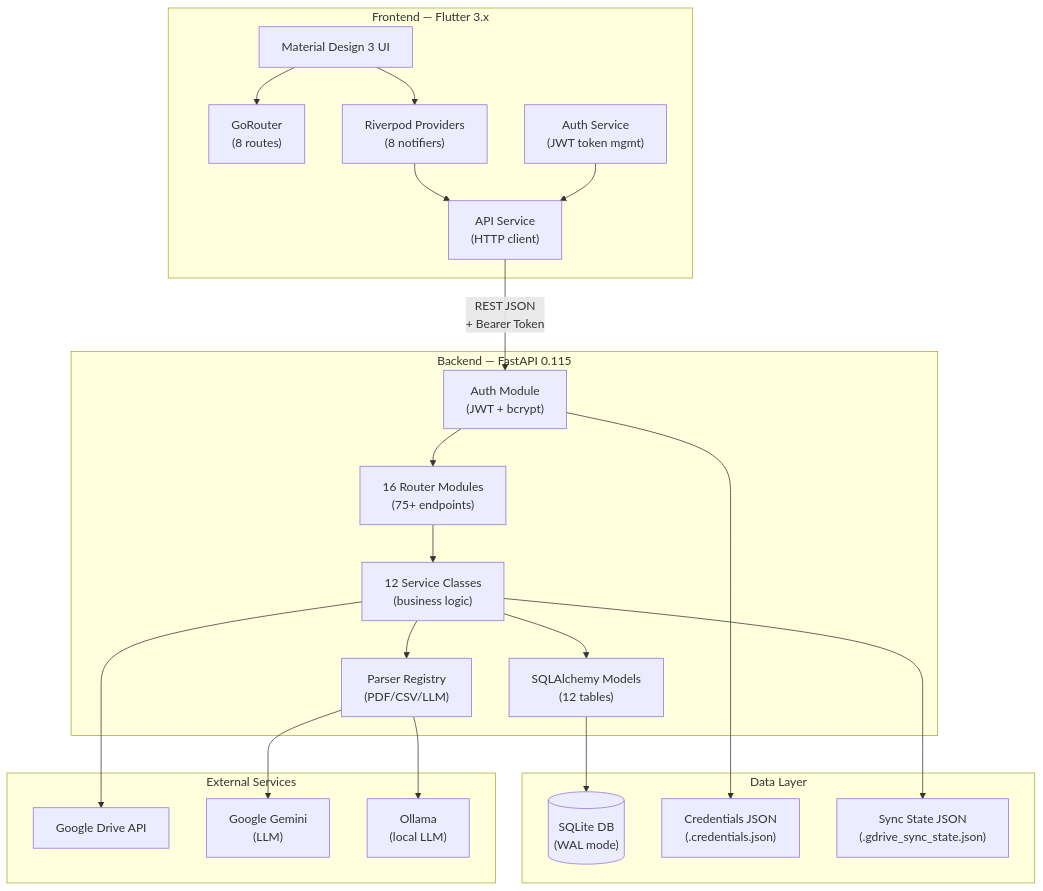
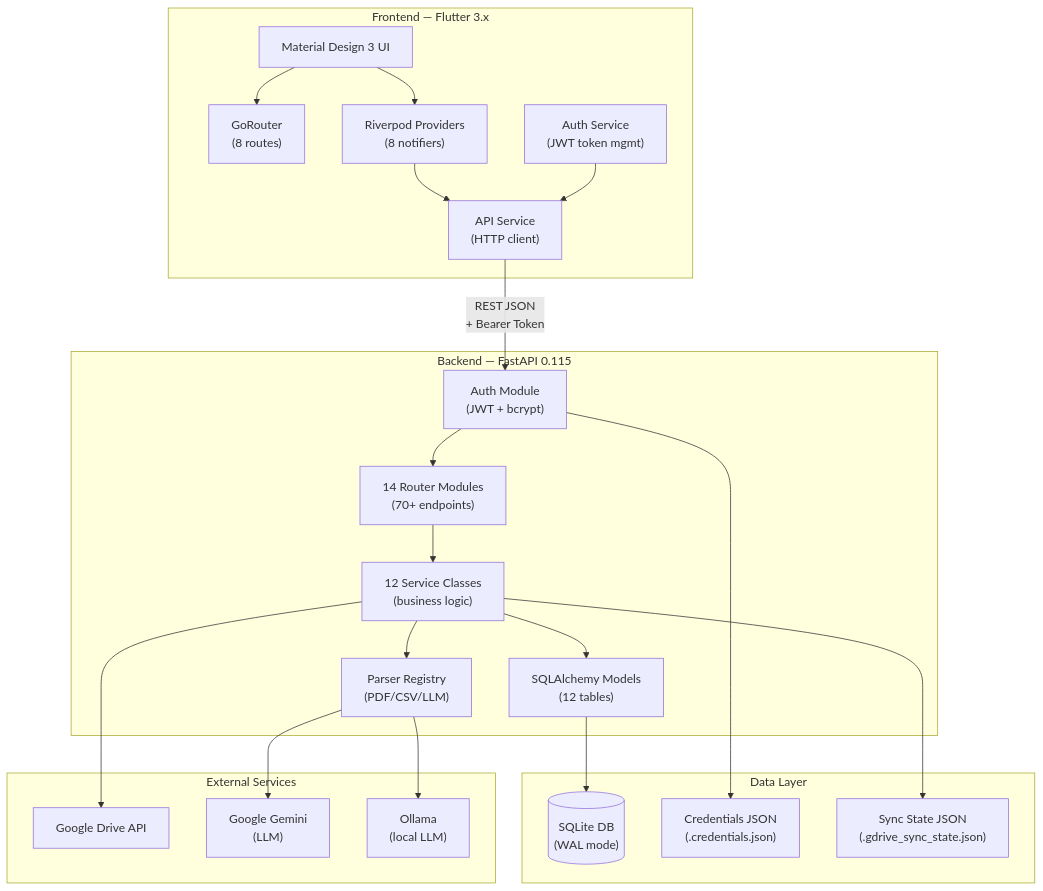
Before and after one commit to ghiridhars/finance-tracker-personal: the first of 10 diagrams in docs/ARCHITECTURE.md, drawn with Mermaid. The commit also changed other lines of this file and 5 other files, not shown here.

Commit message:
docs: Restructure project documentation by replacing the MIGRATION.md file with dedicated architecture, flow, and overview documents, and updating the README.

````diff
--- a/docs/ARCHITECTURE.md
+++ b/docs/ARCHITECTURE.md
@@ -9,48 +9,48 @@
 ```mermaid
 graph TB
     subgraph Client["Frontend — Flutter 3.x"]
         UI["Material Design 3 UI"]
         Router["GoRouter<br/>(8 routes)"]
         Providers["Riverpod Providers<br/>(8 notifiers)"]
         AuthSvc["Auth Service<br/>(JWT token mgmt)"]
         ApiSvc["API Service<br/>(HTTP client)"]
 
         UI --> Router
         UI --> Providers
         Providers --> ApiSvc
         AuthSvc --> ApiSvc
     end
 
     subgraph Server["Backend — FastAPI 0.115"]
         Auth["Auth Module<br/>(JWT + bcrypt)"]
-        Routers["16 Router Modules<br/>(75+ endpoints)"]
+        Routers["14 Router Modules<br/>(70+ endpoints)"]
         Services["12 Service Classes<br/>(business logic)"]
         Parsers["Parser Registry<br/>(PDF/CSV/LLM)"]
         Models["SQLAlchemy Models<br/>(12 tables)"]
 
         Auth --> Routers
         Routers --> Services
         Services --> Models
         Services --> Parsers
     end
 
     subgraph Storage["Data Layer"]
         SQLite[("SQLite DB<br/>(WAL mode)")]
         CredFile["Credentials JSON<br/>(.credentials.json)"]
         SyncState["Sync State JSON<br/>(.gdrive_sync_state.json)"]
     end
 
     subgraph External["External Services"]
         GDrive["Google Drive API"]
         Gemini["Google Gemini<br/>(LLM)"]
         Ollama["Ollama<br/>(local LLM)"]
     end
 
     ApiSvc -- "REST JSON<br/>+ Bearer Token" --> Auth
     Models --> SQLite
     Auth --> CredFile
     Services --> SyncState
     Services --> GDrive
     Parsers --> Gemini
     Parsers --> Ollama
 ```
````
